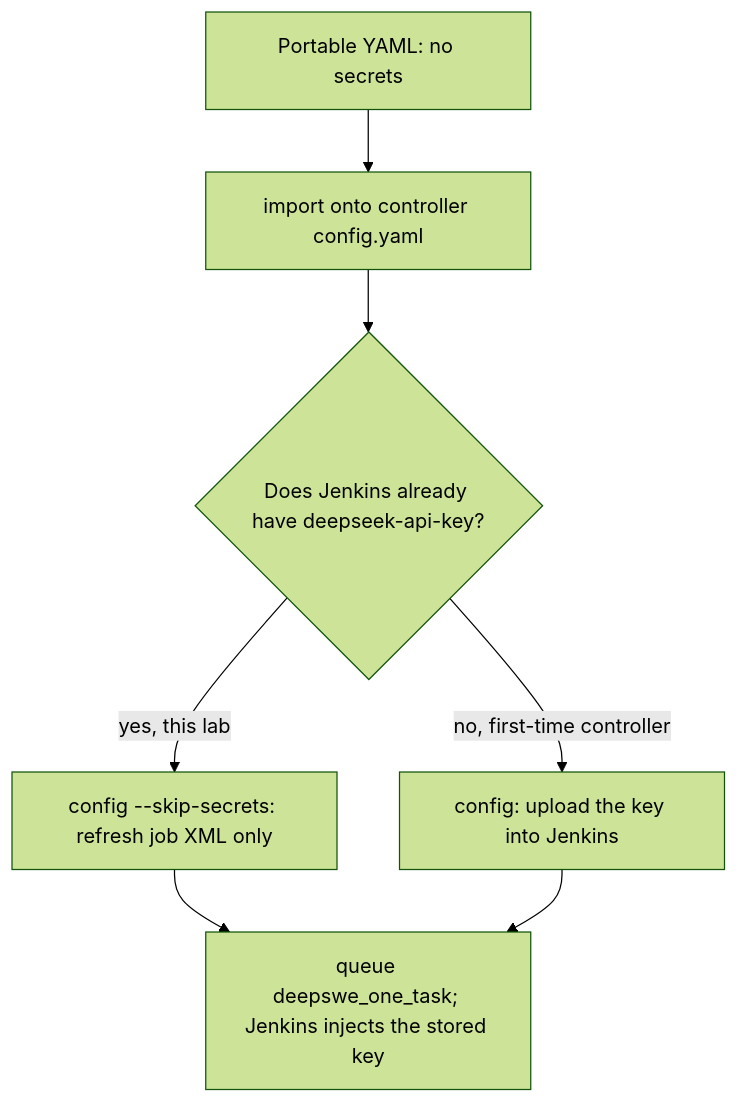
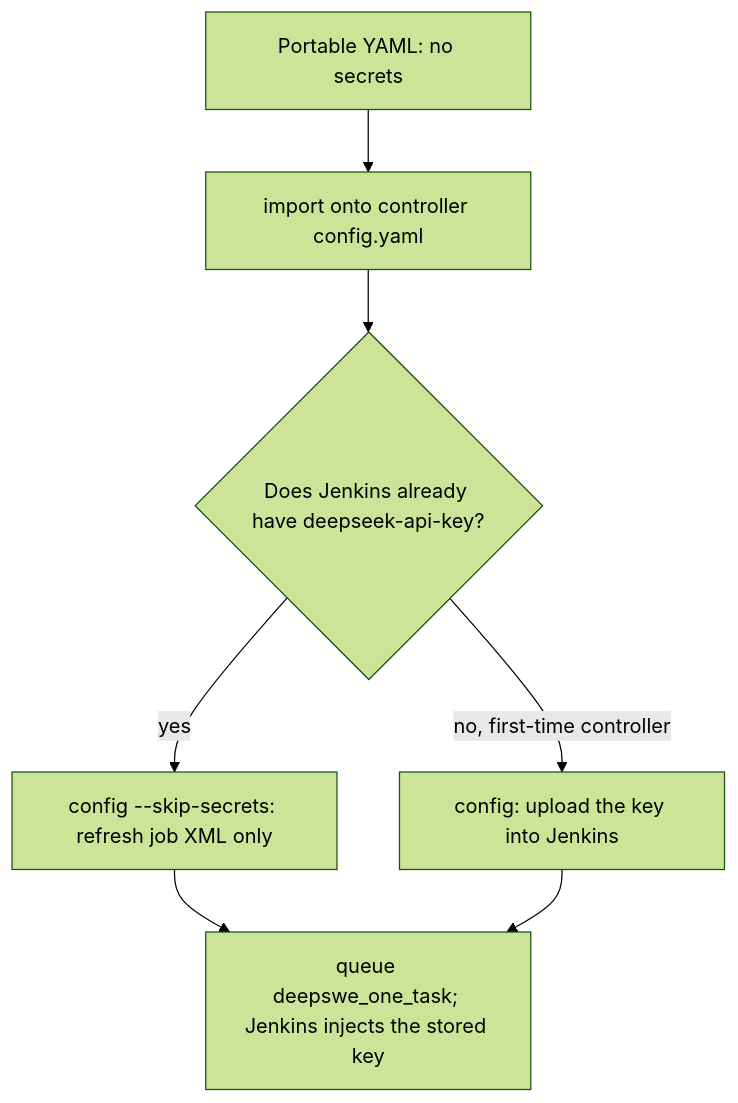
The second of 2 diagrams in docs/export-import.md (MichaelLing83/mac-k3d), drawn with Mermaid (forest theme) before and after one commit. The commit also changed other lines of this file and 52 other files, not shown here.

````diff
--- a/docs/export-import.md
+++ b/docs/export-import.md
@@ -390,9 +388,9 @@
 ```mermaid
 flowchart TD
   portable["Portable YAML: no secrets"] --> importCtrl["import onto controller config.yaml"]
   importCtrl --> branch{"Does Jenkins already have deepseek-api-key?"}
-  branch -->|"yes, this lab"| skipSecrets["config --skip-secrets: refresh job XML only"]
+  branch -->|"yes"| skipSecrets["config --skip-secrets: refresh job XML only"]
   branch -->|"no, first-time controller"| withSecrets["config: upload the key into Jenkins"]
   skipSecrets --> evalRun["queue deepswe_one_task; Jenkins injects the stored key"]
   withSecrets --> evalRun
 ```
````
